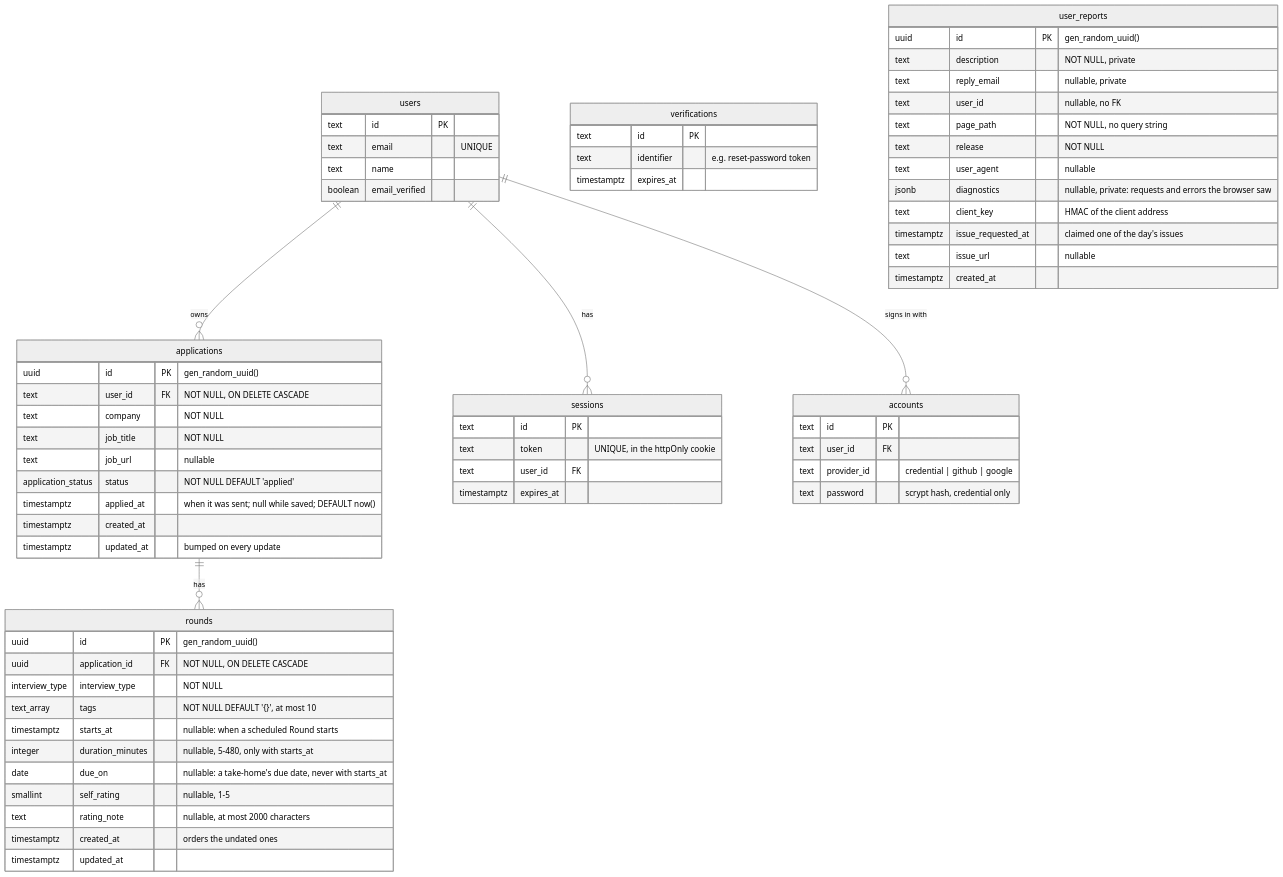
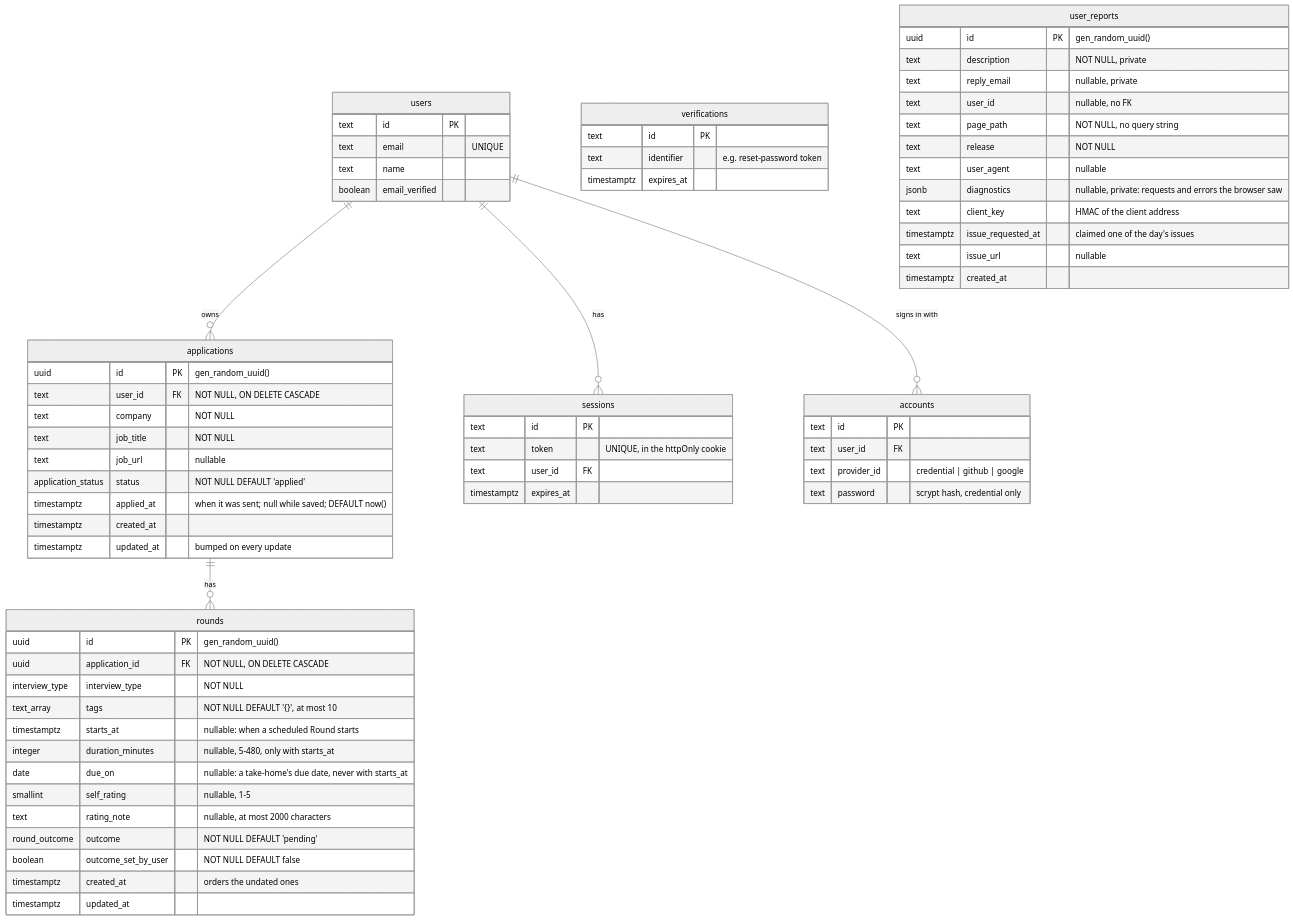
The third of 8 diagrams in docs/architecture.md (brianpatterson/roundtable), drawn with Mermaid (neutral theme) before and after one commit. The commit also changed other lines of this file and 3 other files, not shown here.

Commit message:
docs: Outcome on Rounds (ADR-0057), glossary and architecture

````diff
--- a/docs/architecture.md
+++ b/docs/architecture.md
@@ -209,68 +211,70 @@
 ```mermaid
 erDiagram
   users ||--o{ applications : owns
   applications ||--o{ rounds : has
   users ||--o{ sessions : has
   users ||--o{ accounts : "signs in with"
   users {
     text id PK
     text email "UNIQUE"
     text name
     boolean email_verified
   }
   sessions {
     text id PK
     text token "UNIQUE, in the httpOnly cookie"
     text user_id FK
     timestamptz expires_at
   }
   accounts {
     text id PK
     text user_id FK
     text provider_id "credential | github | google"
     text password "scrypt hash, credential only"
   }
   verifications {
     text id PK
     text identifier "e.g. reset-password token"
     timestamptz expires_at
   }
   applications {
     uuid id PK "gen_random_uuid()"
     text user_id FK "NOT NULL, ON DELETE CASCADE"
     text company "NOT NULL"
     text job_title "NOT NULL"
     text job_url "nullable"
     application_status status "NOT NULL DEFAULT 'applied'"
     timestamptz applied_at "when it was sent; null while saved; DEFAULT now()"
     timestamptz created_at
     timestamptz updated_at "bumped on every update"
   }
   rounds {
     uuid id PK "gen_random_uuid()"
     uuid application_id FK "NOT NULL, ON DELETE CASCADE"
     interview_type interview_type "NOT NULL"
     text_array tags "NOT NULL DEFAULT '{}', at most 10"
     timestamptz starts_at "nullable: when a scheduled Round starts"
     integer duration_minutes "nullable, 5-480, only with starts_at"
     date due_on "nullable: a take-home's due date, never with starts_at"
     smallint self_rating "nullable, 1-5"
     text rating_note "nullable, at most 2000 characters"
+    round_outcome outcome "NOT NULL DEFAULT 'pending'"
+    boolean outcome_set_by_user "NOT NULL DEFAULT false"
     timestamptz created_at "orders the undated ones"
     timestamptz updated_at
   }
   user_reports {
     uuid id PK "gen_random_uuid()"
     text description "NOT NULL, private"
     text reply_email "nullable, private"
     text user_id "nullable, no FK"
     text page_path "NOT NULL, no query string"
     text release "NOT NULL"
     text user_agent "nullable"
     jsonb diagnostics "nullable, private: requests and errors the browser saw"
     text client_key "HMAC of the client address"
     timestamptz issue_requested_at "claimed one of the day's issues"
     text issue_url "nullable"
     timestamptz created_at
   }
 ```
````
